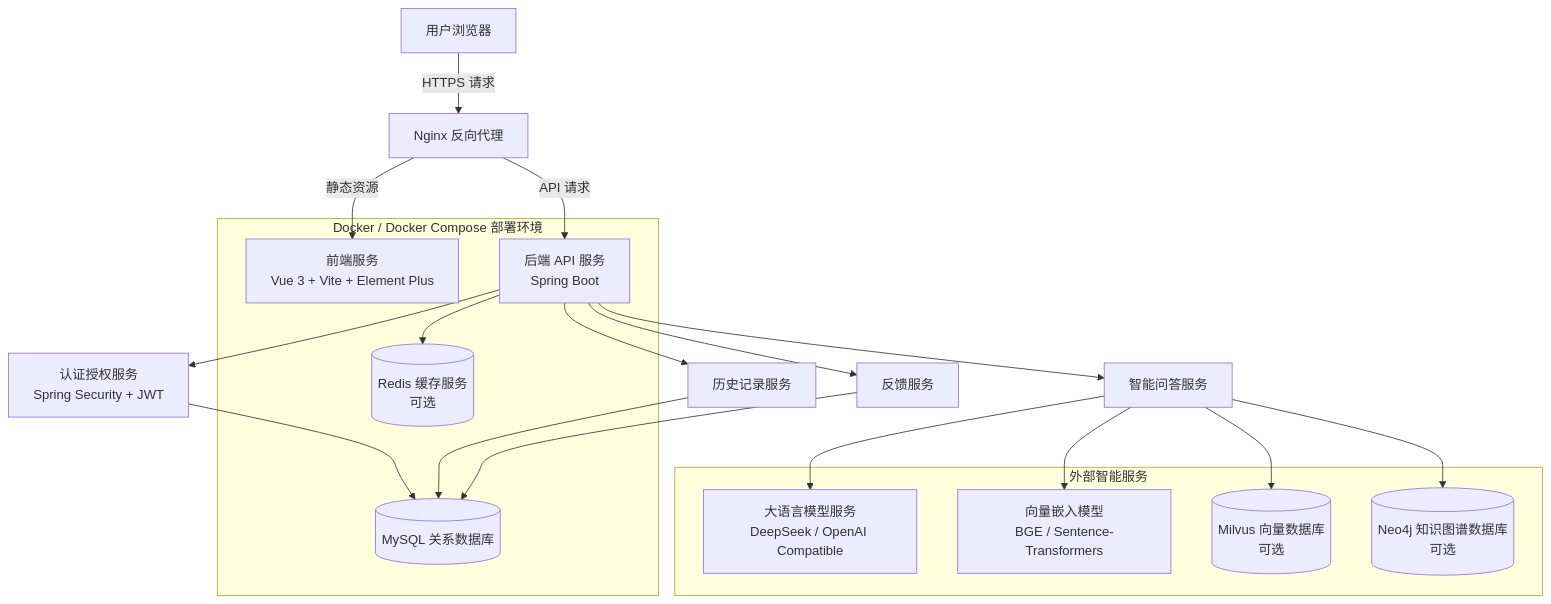
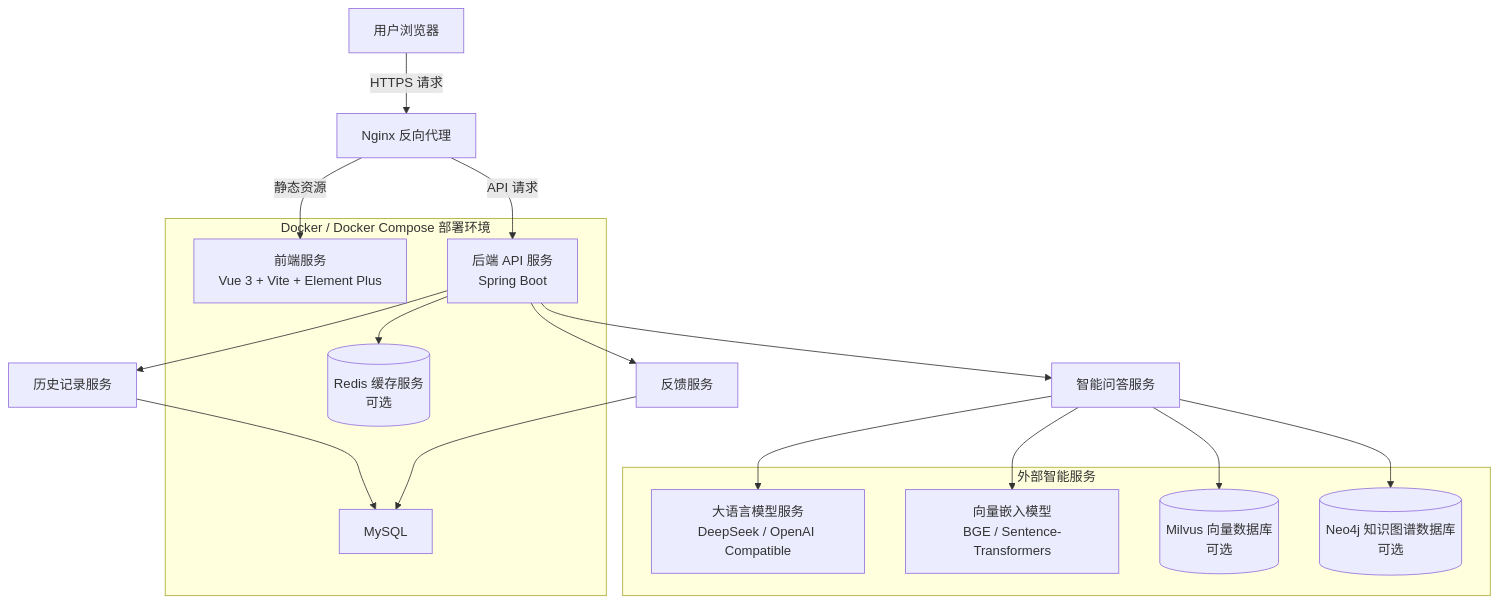
The fourth of 4 diagrams in documents/设计文档.md (BUCT-CS2301/QAsystem), drawn with Mermaid before and after one commit.

Commit message:
删除 设计文档 jwt 部分

````diff
--- a/documents/设计文档.md
+++ b/documents/设计文档.md
@@ -734,37 +734,35 @@
 ```mermaid
 flowchart TB
     User[用户浏览器] -->|HTTPS 请求| Nginx[Nginx 反向代理]
 
     Nginx -->|静态资源| Frontend[前端服务<br/>Vue 3 + Vite + Element Plus]
     Nginx -->|API 请求| Backend[后端 API 服务<br/>Spring Boot]
 
-    Backend --> Auth[认证授权服务<br/>Spring Security + JWT]
     Backend --> QA[智能问答服务]
     Backend --> History[历史记录服务]
     Backend --> Feedback[反馈服务]
 
     QA --> LLM[大语言模型服务<br/>DeepSeek / OpenAI Compatible]
     QA --> Embedding[向量嵌入模型<br/>BGE / Sentence-Transformers]
 
     QA --> Milvus[(Milvus 向量数据库<br/>可选)]
     QA --> Neo4j[(Neo4j 知识图谱数据库<br/>可选)]
 
-    Auth --> MySQL[(MySQL 关系数据库)]
     History --> MySQL
     Feedback --> MySQL
     Backend --> Redis[(Redis 缓存服务<br/>可选)]
 
     subgraph DockerEnv[Docker / Docker Compose 部署环境]
         Frontend
         Backend
         MySQL
         Redis
     end
 
     subgraph ExternalService[外部智能服务]
         LLM
         Embedding
         Milvus
         Neo4j
     end
 ```
````
